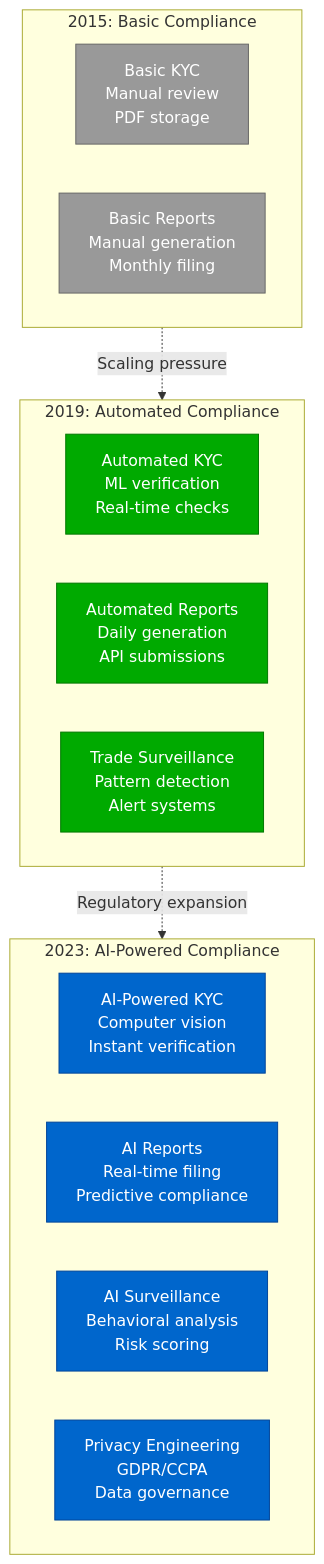
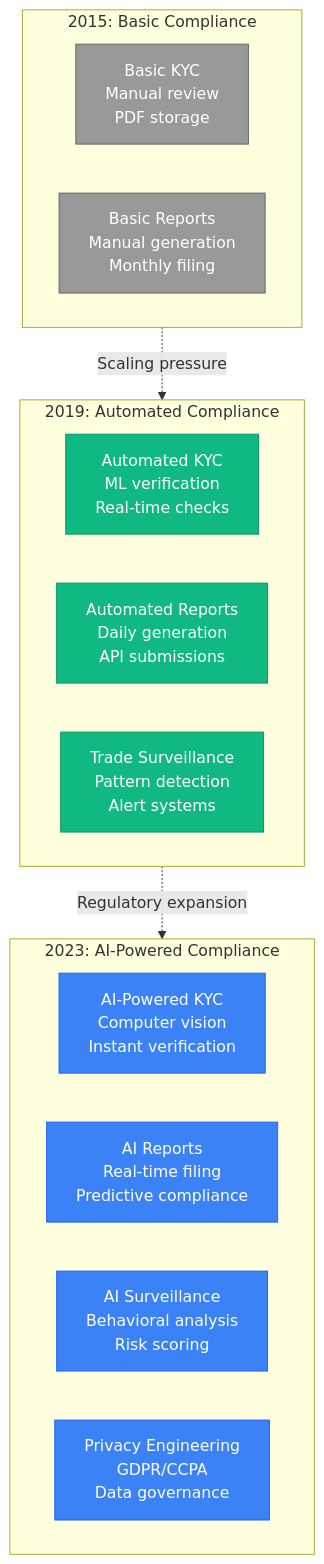
The eighth of 8 diagrams in site/docs/systems/robinhood/05-scale-evolution.md (deepaucksharma/DS), drawn with Mermaid before and after one commit. The commit also changed other lines of this file and 187 other files, not shown here.

````diff
--- a/site/docs/systems/robinhood/05-scale-evolution.md
+++ b/site/docs/systems/robinhood/05-scale-evolution.md
@@ -347,31 +347,31 @@
 ```mermaid
 graph TB
     subgraph Regulatory2015[2015: Basic Compliance]
         BASIC_KYC[Basic KYC<br/>Manual review<br/>PDF storage]
         BASIC_REPORTS[Basic Reports<br/>Manual generation<br/>Monthly filing]
     end
 
     subgraph Regulatory2019[2019: Automated Compliance]
         AUTO_KYC[Automated KYC<br/>ML verification<br/>Real-time checks]
         AUTO_REPORTS[Automated Reports<br/>Daily generation<br/>API submissions]
         SURVEILLANCE[Trade Surveillance<br/>Pattern detection<br/>Alert systems]
     end
 
     subgraph Regulatory2023[2023: AI-Powered Compliance]
         AI_KYC[AI-Powered KYC<br/>Computer vision<br/>Instant verification]
         AI_REPORTS[AI Reports<br/>Real-time filing<br/>Predictive compliance]
         AI_SURVEILLANCE[AI Surveillance<br/>Behavioral analysis<br/>Risk scoring]
         PRIVACY[Privacy Engineering<br/>GDPR/CCPA<br/>Data governance]
     end
 
     Regulatory2015 -.->|Scaling pressure| Regulatory2019
     Regulatory2019 -.->|Regulatory expansion| Regulatory2023
 
     classDef basicStyle fill:#999999,stroke:#666666,color:#fff
-    classDef autoStyle fill:#00AA00,stroke:#007700,color:#fff
-    classDef aiStyle fill:#0066CC,stroke:#004499,color:#fff
+    classDef autoStyle fill:#10B981,stroke:#059669,color:#fff
+    classDef aiStyle fill:#3B82F6,stroke:#2563EB,color:#fff
 
     class BASIC_KYC,BASIC_REPORTS basicStyle
     class AUTO_KYC,AUTO_REPORTS,SURVEILLANCE autoStyle
     class AI_KYC,AI_REPORTS,AI_SURVEILLANCE,PRIVACY aiStyle
 ```
````
